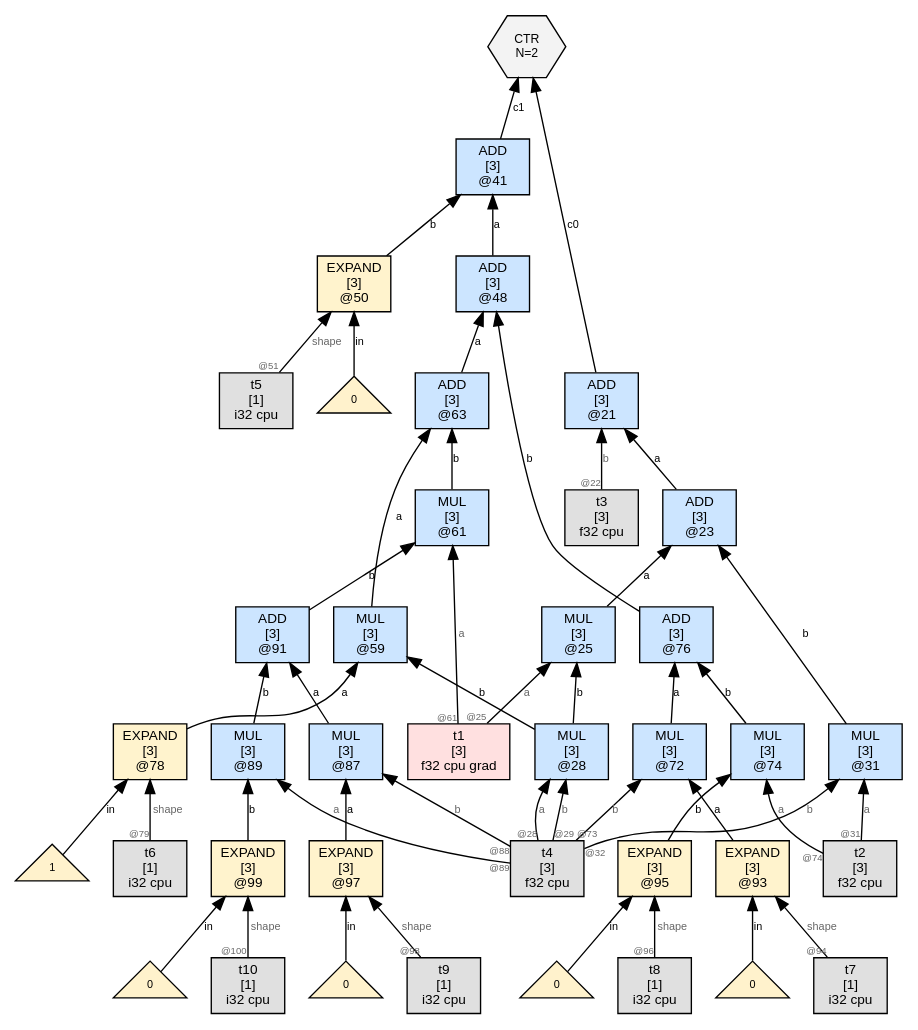
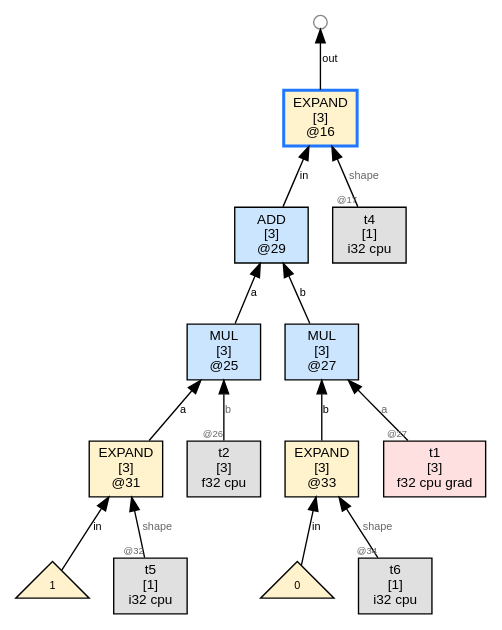
The diagram in wl/examples/thvm_graphs/grad_rules/gradu_poly/thvm_2_post_sweep.dot (sw1sh/TinyHVM), drawn with Graphviz before and after one commit. The commit also changed 253 other files, not shown here.

```diff
--- a/wl/examples/thvm_graphs/grad_rules/gradu_poly/thvm_2_post_sweep.dot
+++ b/wl/examples/thvm_graphs/grad_rules/gradu_poly/thvm_2_post_sweep.dot
@@ -1,91 +1,33 @@
 digraph G {
   rankdir=BT;
   node [fontname="Helvetica", fontsize=10, style=filled, shape=box, margin="0.1,0.05"];
   edge [fontsize=8, fontname="Helvetica"];
 
-  n21 [label="ADD\n[3]\n@21", shape=box, fillcolor="#cce5ff"];
-  n23 -> n21 [label="a"];
-  t3 [label="t3\n[3]\nf32 cpu",shape=box,fillcolor="#e0e0e0"];
-  t3 -> n21 [label="b",taillabel="@22",labelfontsize=7,fontcolor="#666666"];
-  n41 [label="ADD\n[3]\n@41", shape=box, fillcolor="#cce5ff"];
-  n48 -> n41 [label="a"];
-  n50 -> n41 [label="b"];
-  n23 [label="ADD\n[3]\n@23", shape=box, fillcolor="#cce5ff"];
-  n25 -> n23 [label="a"];
-  n31 -> n23 [label="b"];
+  n16 [label="EXPAND\n[3]\n@16", shape=box, fillcolor="#fff3cd",color="#1f78ff",penwidth=2.2];
+  n29 -> n16 [label="in"];
+  t4 [label="t4\n[1]\ni32 cpu",shape=box,fillcolor="#e0e0e0"];
+  t4 -> n16 [label="shape",taillabel="@17",labelfontsize=7,fontcolor="#666666"];
+  free16_1000 [label="",shape=circle,width=0.14,height=0.14,fixedsize=true,fillcolor="#ffffff",color="#888888",fontsize=1];
+  n16 -> free16_1000 [label="out"];
+  n29 [label="ADD\n[3]\n@29", shape=box, fillcolor="#cce5ff"];
+  n25 -> n29 [label="a"];
+  n27 -> n29 [label="b"];
+  n31 [label="EXPAND\n[3]\n@31", shape=box, fillcolor="#fff3cd"];
+  num31_0 [label="1",shape=triangle,fillcolor="#fff2cc",fontsize=8];
+  num31_0 -> n31 [label="in"];
+  t5 [label="t5\n[1]\ni32 cpu",shape=box,fillcolor="#e0e0e0"];
+  t5 -> n31 [label="shape",taillabel="@32",labelfontsize=7,fontcolor="#666666"];
+  n33 [label="EXPAND\n[3]\n@33", shape=box, fillcolor="#fff3cd"];
+  num33_0 [label="0",shape=triangle,fillcolor="#fff2cc",fontsize=8];
+  num33_0 -> n33 [label="in"];
+  t6 [label="t6\n[1]\ni32 cpu",shape=box,fillcolor="#e0e0e0"];
+  t6 -> n33 [label="shape",taillabel="@34",labelfontsize=7,fontcolor="#666666"];
   n25 [label="MUL\n[3]\n@25", shape=box, fillcolor="#cce5ff"];
+  n31 -> n25 [label="a"];
+  t2 [label="t2\n[3]\nf32 cpu",shape=box,fillcolor="#e0e0e0"];
+  t2 -> n25 [label="b",taillabel="@26",labelfontsize=7,fontcolor="#666666"];
+  n27 [label="MUL\n[3]\n@27", shape=box, fillcolor="#cce5ff"];
   t1 [label="t1\n[3]\nf32 cpu grad",shape=box,fillcolor="#ffe0e0"];
-  t1 -> n25 [label="a",taillabel="@25",labelfontsize=7,fontcolor="#666666"];
-  n28 -> n25 [label="b"];
-  n31 [label="MUL\n[3]\n@31", shape=box, fillcolor="#cce5ff"];
-  t2 [label="t2\n[3]\nf32 cpu",shape=box,fillcolor="#e0e0e0"];
-  t2 -> n31 [label="a",taillabel="@31",labelfontsize=7,fontcolor="#666666"];
-  t4 [label="t4\n[3]\nf32 cpu",shape=box,fillcolor="#e0e0e0"];
-  t4 -> n31 [label="b",taillabel="@32",labelfontsize=7,fontcolor="#666666"];
-  n28 [label="MUL\n[3]\n@28", shape=box, fillcolor="#cce5ff"];
-  t4 -> n28 [label="a",taillabel="@28",labelfontsize=7,fontcolor="#666666"];
-  t4 -> n28 [label="b",taillabel="@29",labelfontsize=7,fontcolor="#666666"];
-  ctr18 [label="CTR\nN=2", shape=hexagon, fillcolor="#f3f3f3", fontsize=9];
-  n21 -> ctr18 [label="c0"];
-  n41 -> ctr18 [label="c1"];
-  n48 [label="ADD\n[3]\n@48", shape=box, fillcolor="#cce5ff"];
-  n63 -> n48 [label="a"];
-  n76 -> n48 [label="b"];
-  n50 [label="EXPAND\n[3]\n@50", shape=box, fillcolor="#fff3cd"];
-  num50_0 [label="0",shape=triangle,fillcolor="#fff2cc",fontsize=8];
-  num50_0 -> n50 [label="in"];
-  t5 [label="t5\n[1]\ni32 cpu",shape=box,fillcolor="#e0e0e0"];
-  t5 -> n50 [label="shape",taillabel="@51",labelfontsize=7,fontcolor="#666666"];
-  n63 [label="ADD\n[3]\n@63", shape=box, fillcolor="#cce5ff"];
-  n59 -> n63 [label="a"];
-  n61 -> n63 [label="b"];
-  n76 [label="ADD\n[3]\n@76", shape=box, fillcolor="#cce5ff"];
-  n72 -> n76 [label="a"];
-  n74 -> n76 [label="b"];
-  n78 [label="EXPAND\n[3]\n@78", shape=box, fillcolor="#fff3cd"];
-  num78_0 [label="1",shape=triangle,fillcolor="#fff2cc",fontsize=8];
-  num78_0 -> n78 [label="in"];
-  t6 [label="t6\n[1]\ni32 cpu",shape=box,fillcolor="#e0e0e0"];
-  t6 -> n78 [label="shape",taillabel="@79",labelfontsize=7,fontcolor="#666666"];
-  n91 [label="ADD\n[3]\n@91", shape=box, fillcolor="#cce5ff"];
-  n87 -> n91 [label="a"];
-  n89 -> n91 [label="b"];
-  n59 [label="MUL\n[3]\n@59", shape=box, fillcolor="#cce5ff"];
-  n78 -> n59 [label="a"];
-  n28 -> n59 [label="b"];
-  n61 [label="MUL\n[3]\n@61", shape=box, fillcolor="#cce5ff"];
-  t1 -> n61 [label="a",taillabel="@61",labelfontsize=7,fontcolor="#666666"];
-  n91 -> n61 [label="b"];
-  n93 [label="EXPAND\n[3]\n@93", shape=box, fillcolor="#fff3cd"];
-  num93_0 [label="0",shape=triangle,fillcolor="#fff2cc",fontsize=8];
-  num93_0 -> n93 [label="in"];
-  t7 [label="t7\n[1]\ni32 cpu",shape=box,fillcolor="#e0e0e0"];
-  t7 -> n93 [label="shape",taillabel="@94",labelfontsize=7,fontcolor="#666666"];
-  n95 [label="EXPAND\n[3]\n@95", shape=box, fillcolor="#fff3cd"];
-  num95_0 [label="0",shape=triangle,fillcolor="#fff2cc",fontsize=8];
-  num95_0 -> n95 [label="in"];
-  t8 [label="t8\n[1]\ni32 cpu",shape=box,fillcolor="#e0e0e0"];
-  t8 -> n95 [label="shape",taillabel="@96",labelfontsize=7,fontcolor="#666666"];
-  n72 [label="MUL\n[3]\n@72", shape=box, fillcolor="#cce5ff"];
-  n93 -> n72 [label="a"];
-  t4 -> n72 [label="b",taillabel="@73",labelfontsize=7,fontcolor="#666666"];
-  n74 [label="MUL\n[3]\n@74", shape=box, fillcolor="#cce5ff"];
-  t2 -> n74 [label="a",taillabel="@74",labelfontsize=7,fontcolor="#666666"];
-  n95 -> n74 [label="b"];
-  n97 [label="EXPAND\n[3]\n@97", shape=box, fillcolor="#fff3cd"];
-  num97_0 [label="0",shape=triangle,fillcolor="#fff2cc",fontsize=8];
-  num97_0 -> n97 [label="in"];
-  t9 [label="t9\n[1]\ni32 cpu",shape=box,fillcolor="#e0e0e0"];
-  t9 -> n97 [label="shape",taillabel="@98",labelfontsize=7,fontcolor="#666666"];
-  n99 [label="EXPAND\n[3]\n@99", shape=box, fillcolor="#fff3cd"];
-  num99_0 [label="0",shape=triangle,fillcolor="#fff2cc",fontsize=8];
-  num99_0 -> n99 [label="in"];
-  t10 [label="t10\n[1]\ni32 cpu",shape=box,fillcolor="#e0e0e0"];
-  t10 -> n99 [label="shape",taillabel="@100",labelfontsize=7,fontcolor="#666666"];
-  n87 [label="MUL\n[3]\n@87", shape=box, fillcolor="#cce5ff"];
-  n97 -> n87 [label="a"];
-  t4 -> n87 [label="b",taillabel="@88",labelfontsize=7,fontcolor="#666666"];
-  n89 [label="MUL\n[3]\n@89", shape=box, fillcolor="#cce5ff"];
-  t4 -> n89 [label="a",taillabel="@89",labelfontsize=7,fontcolor="#666666"];
-  n99 -> n89 [label="b"];
+  t1 -> n27 [label="a",taillabel="@27",labelfontsize=7,fontcolor="#666666"];
+  n33 -> n27 [label="b"];
 }
```
